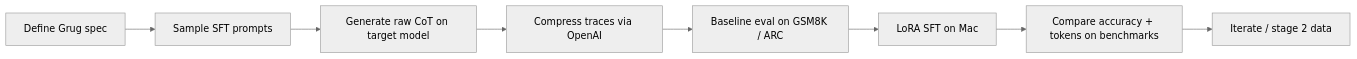
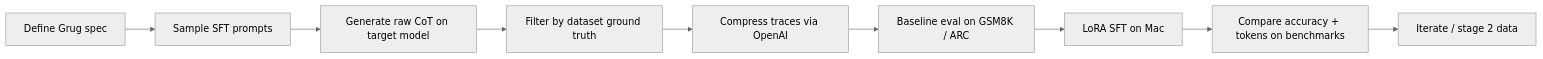
The diagram in PLAN.md (Hari31416/qwen-grug-finetune), drawn with Mermaid (neutral theme) before and after one commit. The commit also changed other lines of this file and 2 other files, not shown here.

````diff
--- a/PLAN.md
+++ b/PLAN.md
@@ -201,10 +213,11 @@
 ```mermaid
 flowchart LR
     A[Define Grug spec] --> B[Sample SFT prompts]
     B --> C[Generate raw CoT on target model]
-    C --> D[Compress traces via OpenAI]
+    C --> V[Filter by dataset ground truth]
+    V --> D[Compress traces via OpenAI]
     D --> E[Baseline eval on GSM8K / ARC]
     E --> F[LoRA SFT on Mac]
     F --> G[Compare accuracy + tokens on benchmarks]
     G --> H[Iterate / stage 2 data]
 ```
````
